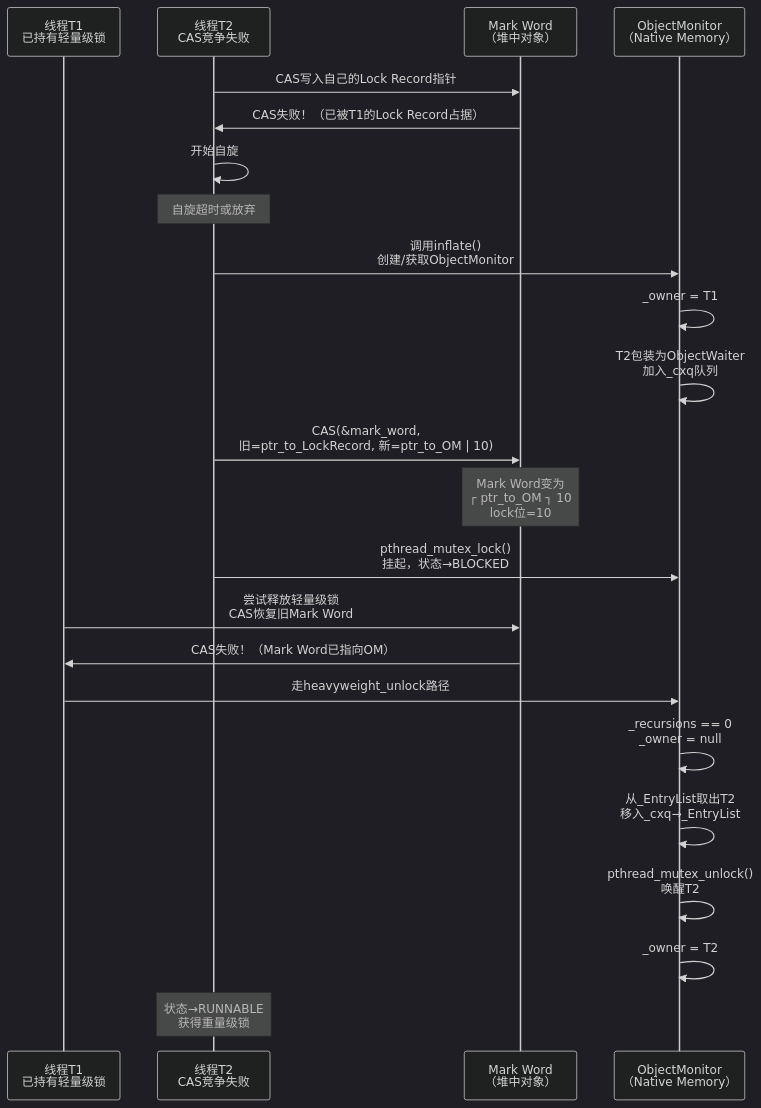
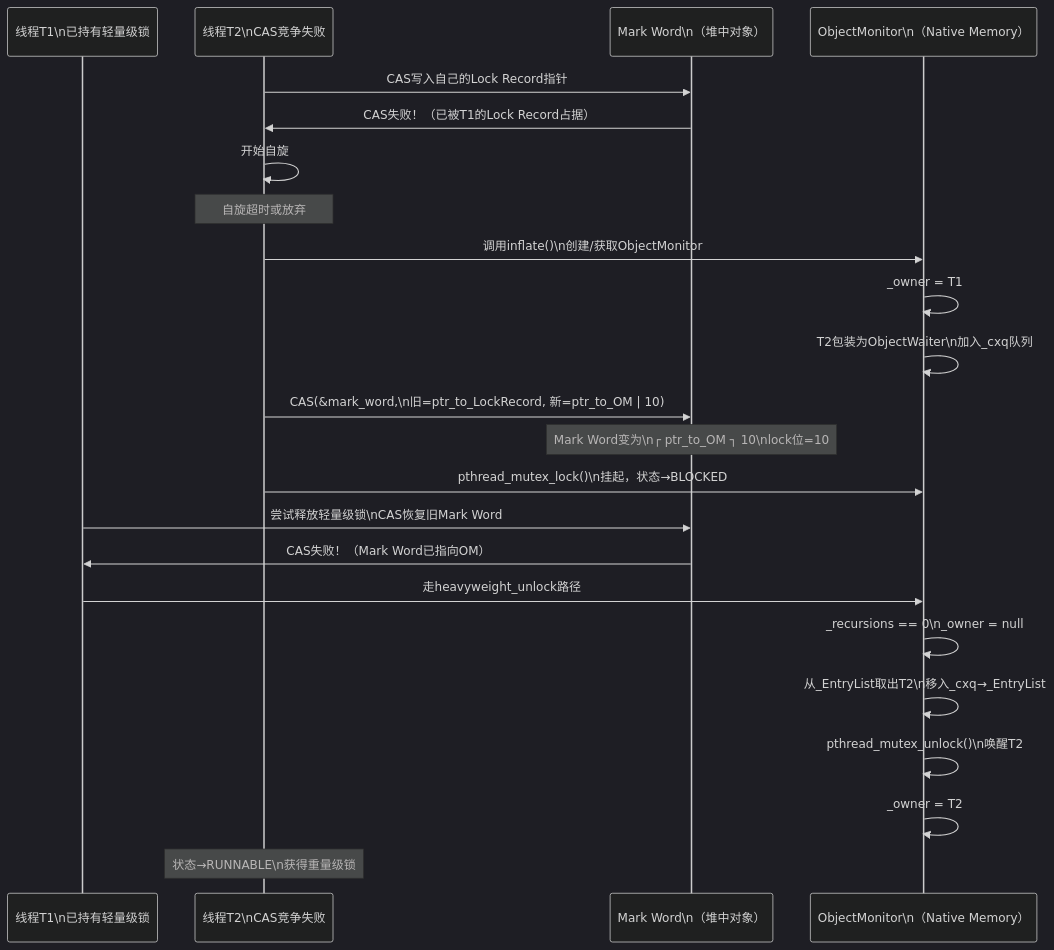
Before and after one commit to yaocat55/yaocat55.github.io: the ninth of 12 diagrams in content/posts/concurrency/SynchronizedLockUpgrade.md, drawn with Mermaid (dark theme). The commit also changed other lines of this file and 155 other files, not shown here.

````diff
--- a/content/posts/concurrency/SynchronizedLockUpgrade.md
+++ b/content/posts/concurrency/SynchronizedLockUpgrade.md
@@ -608,31 +640,31 @@
 ```mermaid
 sequenceDiagram
-    participant T1 as 线程T1<br/>已持有轻量级锁
-    participant T2 as 线程T2<br/>CAS竞争失败
-    participant MW as Mark Word<br/>（堆中对象）
-    participant OM as ObjectMonitor<br/>（Native Memory）
+    participant T1 as 线程T1\n已持有轻量级锁
+    participant T2 as 线程T2\nCAS竞争失败
+    participant MW as Mark Word\n（堆中对象）
+    participant OM as ObjectMonitor\n（Native Memory）
 
     T2->>MW: CAS写入自己的Lock Record指针
     MW->>T2: CAS失败！（已被T1的Lock Record占据）
     T2->>T2: 开始自旋
     Note over T2: 自旋超时或放弃
 
-    T2->>OM: 调用inflate()<br/>创建/获取ObjectMonitor
+    T2->>OM: 调用inflate()\n创建/获取ObjectMonitor
     OM->>OM: _owner = T1
-    OM->>OM: T2包装为ObjectWaiter<br/>加入_cxq队列
+    OM->>OM: T2包装为ObjectWaiter\n加入_cxq队列
 
-    T2->>MW: CAS(&mark_word,<br/>旧=ptr_to_LockRecord, 新=ptr_to_OM | 10)
-    Note over MW: Mark Word变为<br/>┌ ptr_to_OM ┐ 10<br/>lock位=10
+    T2->>MW: CAS(&mark_word,\n旧=ptr_to_LockRecord, 新=ptr_to_OM | 10)
+    Note over MW: Mark Word变为\n┌ ptr_to_OM ┐ 10\nlock位=10
 
-    T2->>OM: pthread_mutex_lock()<br/>挂起，状态→BLOCKED
+    T2->>OM: pthread_mutex_lock()\n挂起，状态→BLOCKED
 
-    T1->>MW: 尝试释放轻量级锁<br/>CAS恢复旧Mark Word
+    T1->>MW: 尝试释放轻量级锁\nCAS恢复旧Mark Word
     MW->>T1: CAS失败！（Mark Word已指向OM）
     T1->>OM: 走heavyweight_unlock路径
 
-    OM->>OM: _recursions == 0<br/>_owner = null
-    OM->>OM: 从_EntryList取出T2<br/>移入_cxq→_EntryList
-    OM->>OM: pthread_mutex_unlock()<br/>唤醒T2
+    OM->>OM: _recursions == 0\n_owner = null
+    OM->>OM: 从_EntryList取出T2\n移入_cxq→_EntryList
+    OM->>OM: pthread_mutex_unlock()\n唤醒T2
     OM->>OM: _owner = T2
-    Note over T2: 状态→RUNNABLE<br/>获得重量级锁
+    Note over T2: 状态→RUNNABLE\n获得重量级锁
 ```
````
